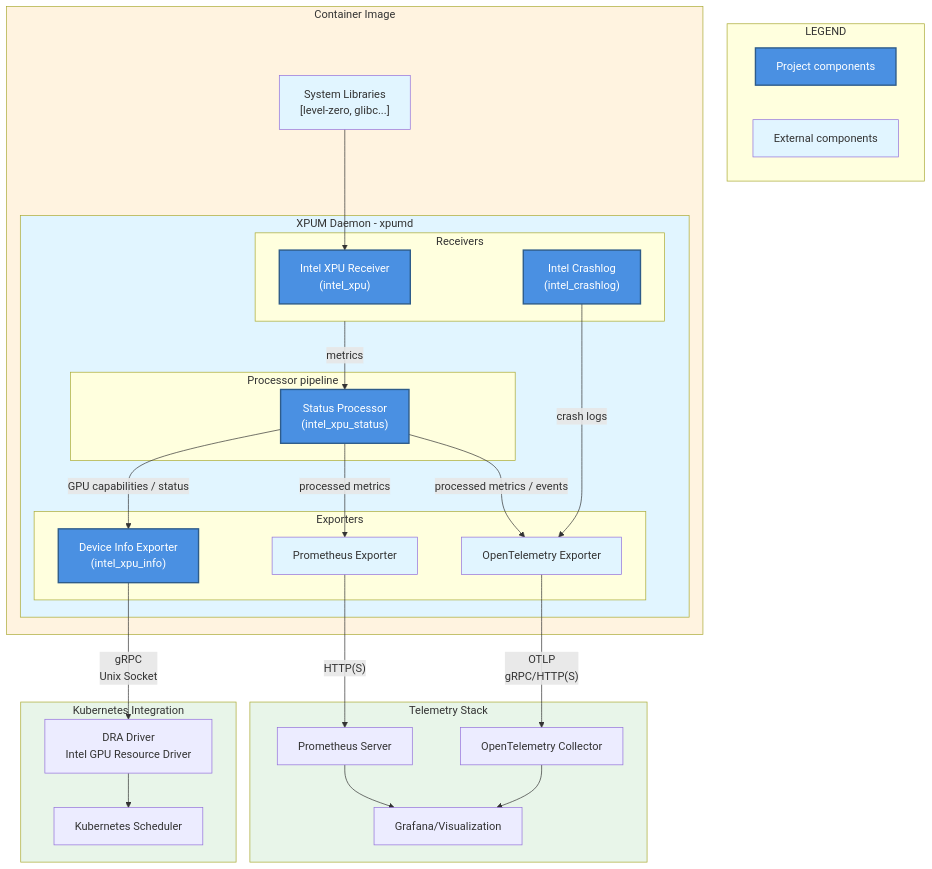
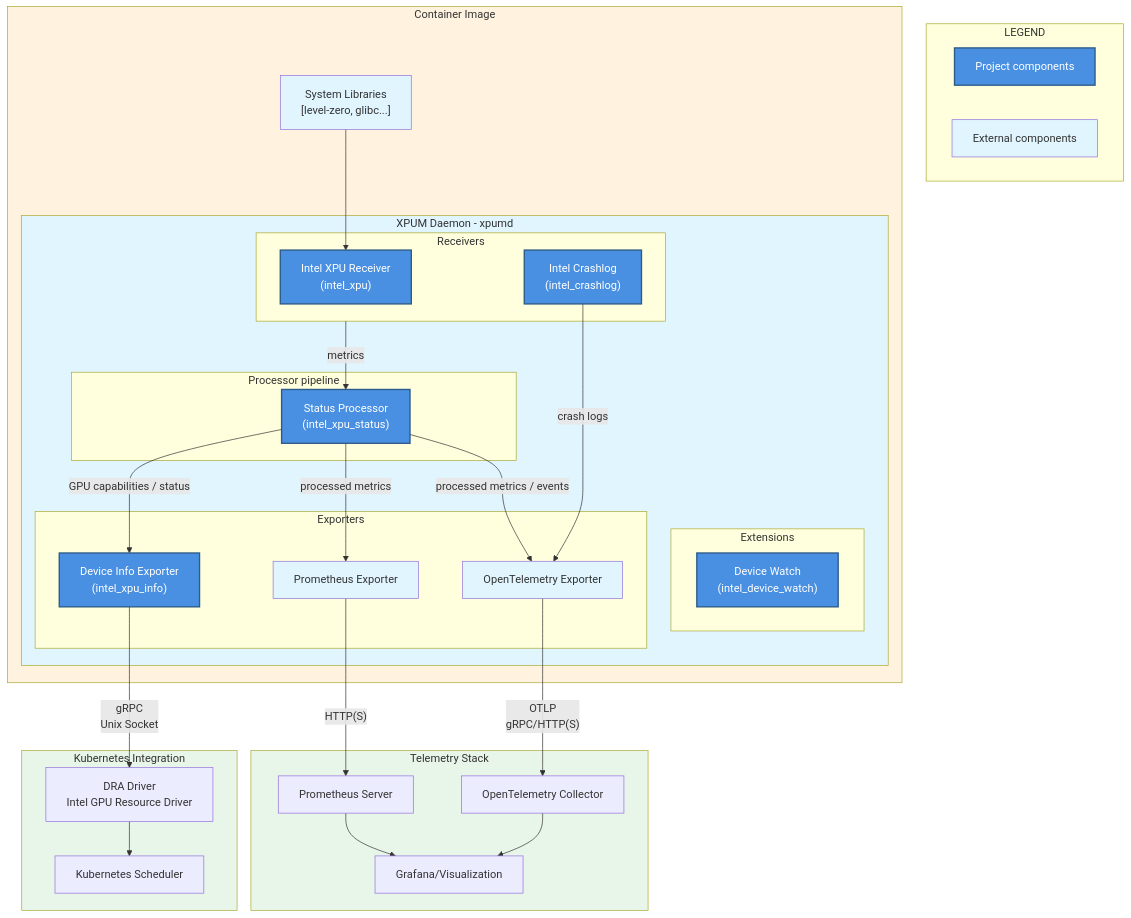
One commit to intel/xpumanager changed the diagram in xpumd/README.md. Above: the diagram before and after it, drawn with Mermaid. The commit also changed other lines of this file, not shown here.

First line of the commit message:
xpumd: document the device watch extension in main README

````diff
--- a/xpumd/README.md
+++ b/xpumd/README.md
@@ -29,73 +29,78 @@
 ```mermaid
 graph TB
     subgraph LEGEND
         LEGEND_PROJECT["Project components"]
         LEGEND_EXTERNAL["External components"]
     end
 
     subgraph CONT["Container Image"]
         SYSTEM_LIBRARIES["System Libraries<br/>[level-zero, glibc...]"]
 
         subgraph XPUMD["XPUM Daemon - xpumd"]
+            subgraph EXT["Extensions"]
+                EXT_WATCH["Device Watch<br/>(intel_device_watch)"]
+            end
+
             subgraph RECV["Receivers"]
                 RECV_XPU["Intel XPU Receiver<br/>(intel_xpu)"]
                 RECV_LOG["Intel Crashlog<br/>(intel_crashlog)"]
             end
 
             subgraph PROC["Processor pipeline"]
                 PROC_XPU["Status Processor<br/>(intel_xpu_status)"]
                 %% PROC_OTHERS["Standard Processors"] %%
             end
 
             RECV -->|metrics| PROC_XPU
             %% PROC_XPU --> PROC_OTHERS %%
 
             subgraph EXP["Exporters"]
                 EXP_INFO["Device Info Exporter<br/>(intel_xpu_info)"]
                 EXP_PROM["Prometheus Exporter"]
                 EXP_OTEL["OpenTelemetry Exporter"]
             end
             %% change PROC_XPU => PROC_OTHERS if other processors added %%
             PROC_XPU -->|processed metrics| EXP_PROM
             PROC_XPU -->|GPU capabilities / status| EXP_INFO
             PROC_XPU -->|processed metrics / events| EXP_OTEL
             RECV_LOG -->|crash logs| EXP_OTEL
         end
     end
 
     subgraph TELEM["Telemetry Stack"]
         PROM["Prometheus Server"]
         OTEL_COL["OpenTelemetry Collector"]
         GRAFANA["Grafana/Visualization"]
     end
 
     subgraph K8S["Kubernetes Integration"]
         DRA["DRA Driver<br/>Intel GPU Resource Driver"]
         SCHEDULER["Kubernetes Scheduler"]
     end
 
     SYSTEM_LIBRARIES --> RECV_XPU
 
     EXP_PROM -->|"HTTP(S)"| PROM
     EXP_OTEL -->|"OTLP<br/>gRPC/HTTP(S)"| OTEL_COL
     PROM --> GRAFANA
     OTEL_COL --> GRAFANA
 
     EXP_INFO -->|"gRPC<br/>Unix Socket"| DRA
     DRA --> SCHEDULER
 
     style LEGEND_PROJECT fill:#4a90e2,stroke:#2e5c8a,stroke-width:2px,color:#fff
     style LEGEND_EXTERNAL fill:#e1f5ff
     style SYSTEM_LIBRARIES fill:#e1f5ff
     style XPUMD fill:#e1f5ff
     %% style PROC_OTHERS fill:#e1f5ff %%
     style EXP_PROM fill:#e1f5ff
     style EXP_OTEL fill:#e1f5ff
     style CONT fill:#fff3e0
     style K8S fill:#e8f5e9
     style TELEM fill:#e8f5e9
     style RECV_XPU fill:#4a90e2,stroke:#2e5c8a,stroke-width:2px,color:#fff
     style RECV_LOG fill:#4a90e2,stroke:#2e5c8a,stroke-width:2px,color:#fff
     style PROC_XPU fill:#4a90e2,stroke:#2e5c8a,stroke-width:2px,color:#fff
     style EXP_INFO fill:#4a90e2,stroke:#2e5c8a,stroke-width:2px,color:#fff
+    style EXT_WATCH fill:#4a90e2,stroke:#2e5c8a,stroke-width:2px,color:#fff
 ```
````
